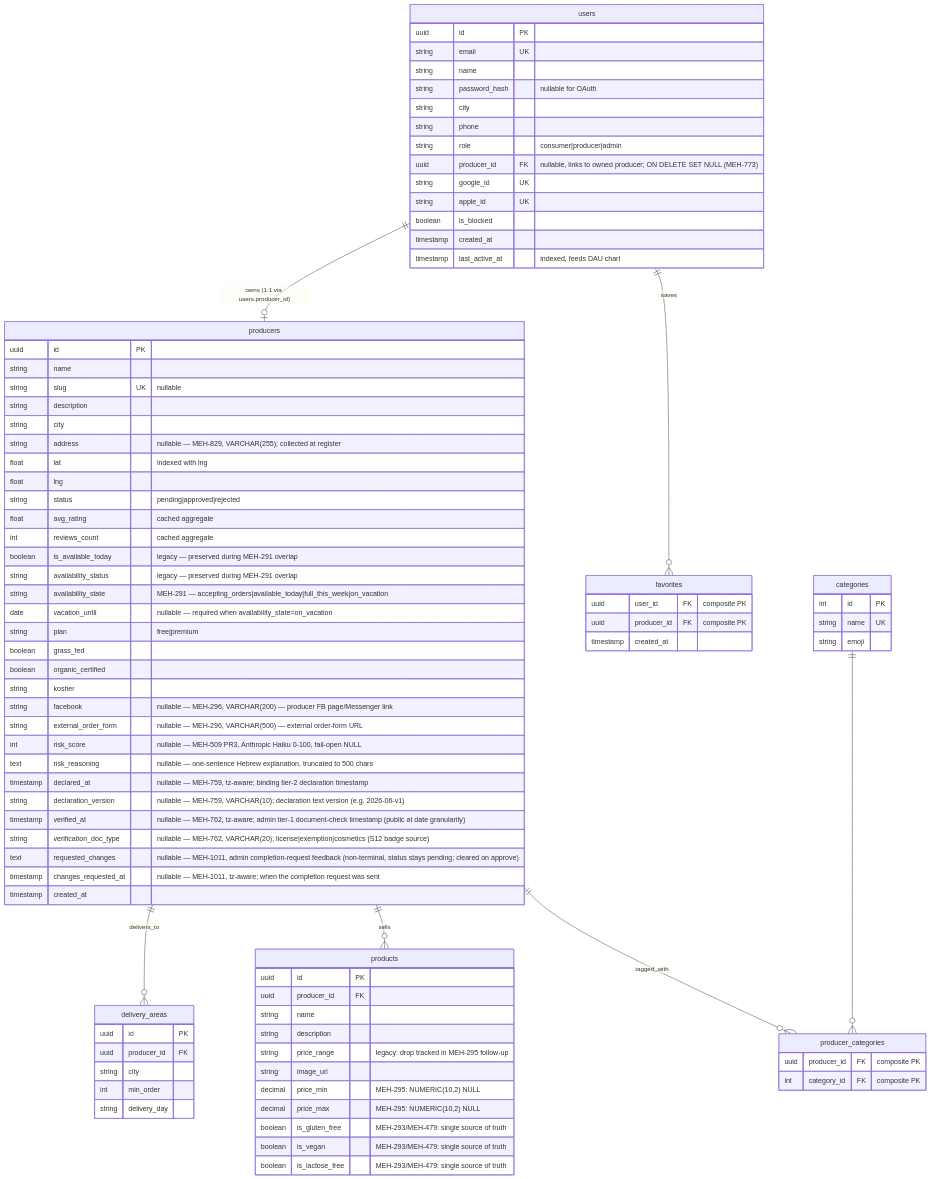
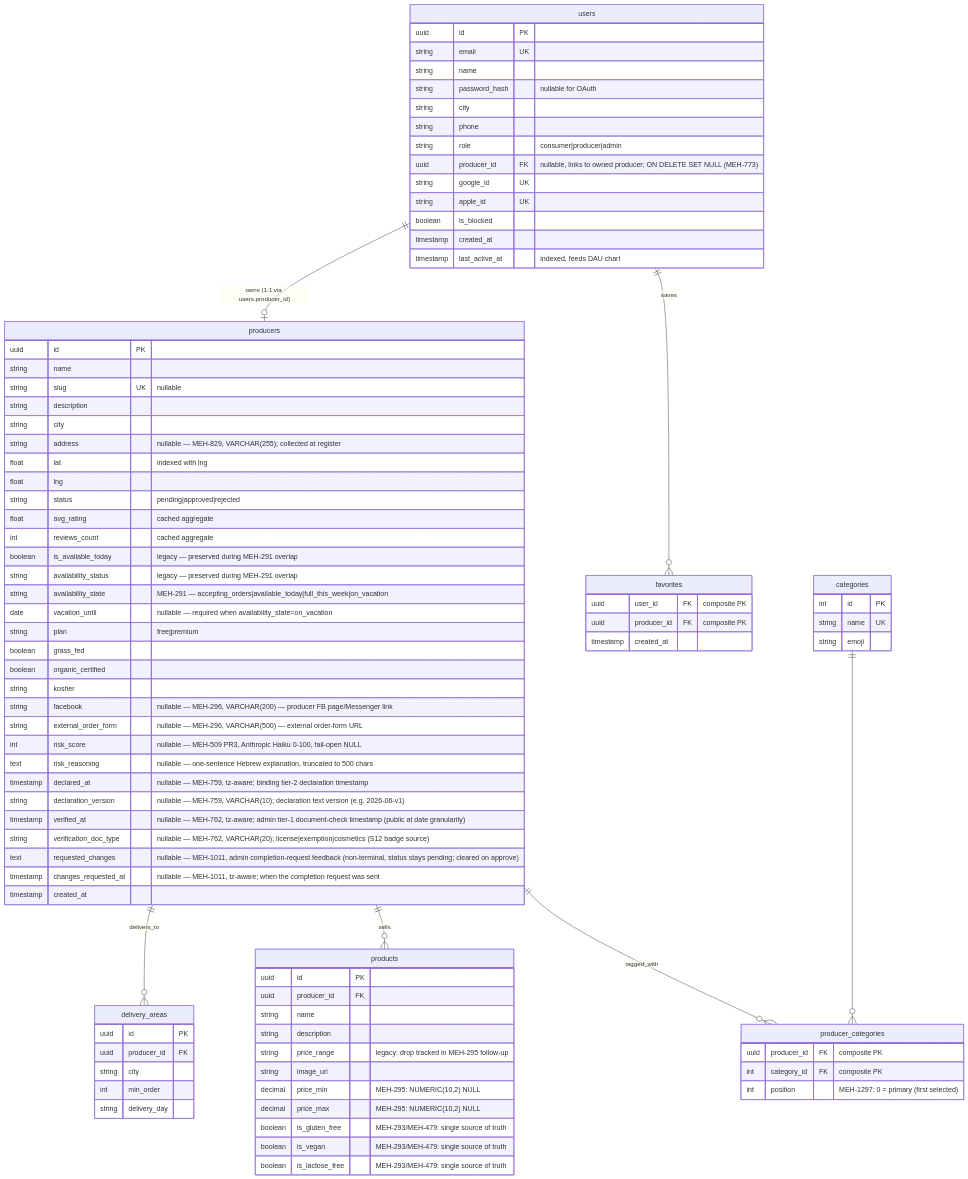
One commit to levismadar80-ship-it/FoodMamkor changed the first of 4 diagrams in .ai/diagrams/db-schema.md. Above: the diagram before and after it, drawn with Mermaid. The commit also changed 10 other files, not shown here.

````diff
--- a/.ai/diagrams/db-schema.md
+++ b/.ai/diagrams/db-schema.md
@@ -107,5 +107,6 @@
     producer_categories {
         uuid producer_id FK "composite PK"
         int category_id FK "composite PK"
+        int position "MEH-1297: 0 = primary (first selected)"
     }
 ```
````
